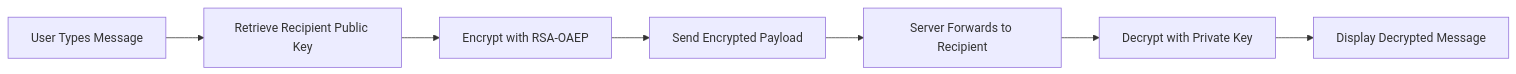
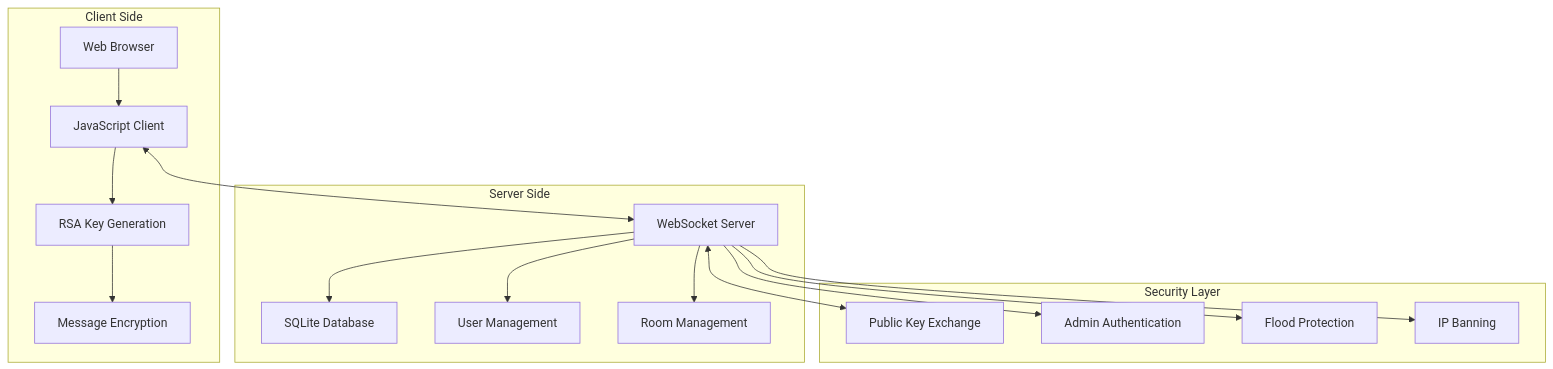
Before and after one commit to xsukax/xsukax-Chatroom-E2E-System: the third of 3 diagrams in README.md, drawn with Mermaid. The commit also changed other lines of this file, not shown here.

````diff
--- a/README.md
+++ b/README.md
@@ -167,9 +232,35 @@
 ```mermaid
-graph LR
-    A[User Types Message] --> B[Retrieve Recipient Public Key]
-    B --> C[Encrypt with RSA-OAEP]
-    C --> D[Send Encrypted Payload]
-    D --> E[Server Forwards to Recipient]
-    E --> F[Decrypt with Private Key]
-    F --> G[Display Decrypted Message]
+graph TB
+    subgraph "Client Side"
+        A[Web Browser]
+        B[JavaScript Client]
+        C[RSA Key Generation]
+        D[Message Encryption]
+    end
+    
+    subgraph "Server Side"
+        E[WebSocket Server]
+        F[SQLite Database]
+        G[User Management]
+        H[Room Management]
+    end
+    
+    subgraph "Security Layer"
+        I[Public Key Exchange]
+        J[Admin Authentication]
+        K[Flood Protection]
+        L[IP Banning]
+    end
+    
+    A --> B
+    B --> C
+    C --> D
+    B <--> E
+    E --> F
+    E --> G
+    E --> H
+    E <--> I
+    E --> J
+    E --> K
+    E --> L
 ```
````
